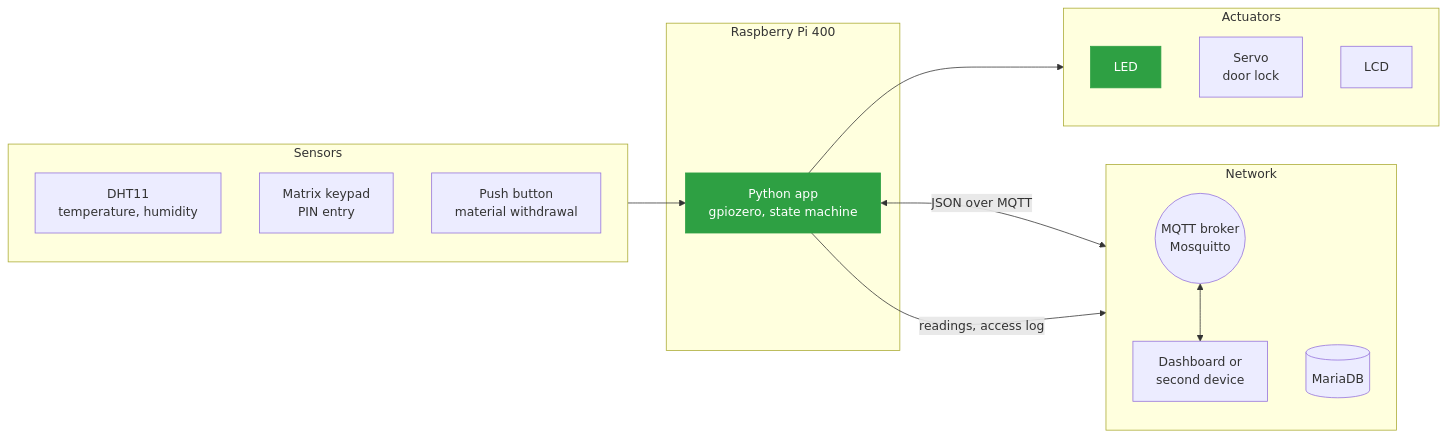
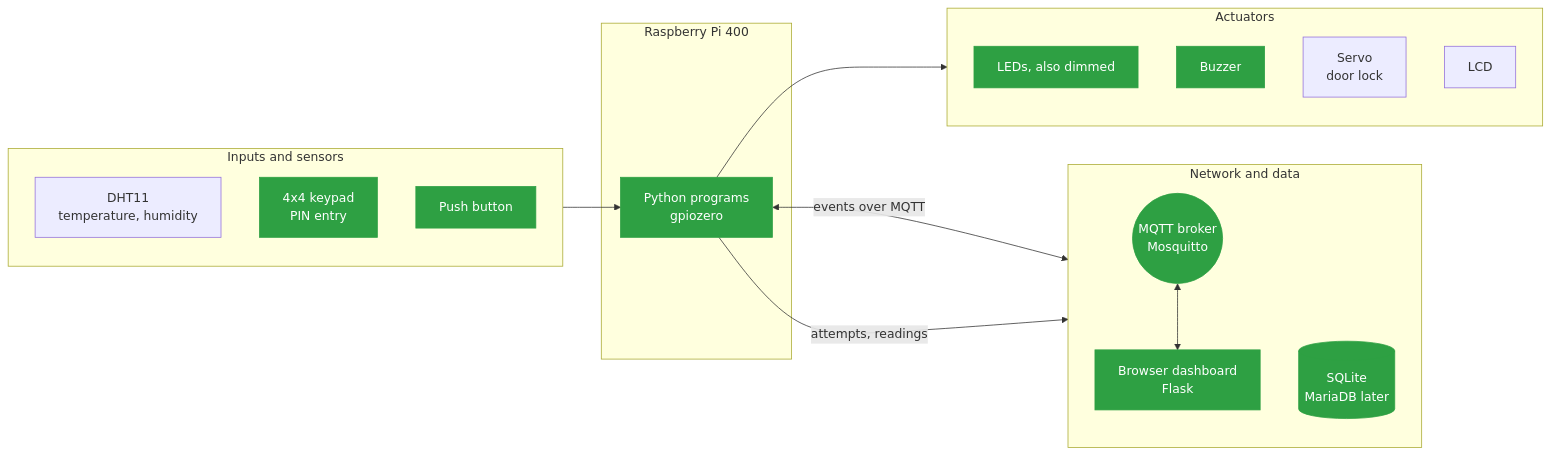
The first of 4 diagrams in README.md (philmay1/lf07-cyber-physische-systeme), drawn with Mermaid before and after one commit. The commit also changed other lines of this file and 9 other files, not shown here.

````diff
--- a/README.md
+++ b/README.md
@@ -97,36 +115,37 @@
 ```mermaid
 flowchart LR
-    subgraph sensors["Sensors"]
+    subgraph sensors["Inputs and sensors"]
         direction TB
         S1["DHT11<br>temperature, humidity"]
-        S2["Matrix keypad<br>PIN entry"]
-        S3["Push button<br>material withdrawal"]
+        S2["4x4 keypad<br>PIN entry"]
+        S3["Push button"]
     end
 
     subgraph pi["Raspberry Pi 400"]
-        P["Python app<br>gpiozero, state machine"]
+        P["Python programs<br>gpiozero"]
     end
 
     subgraph actuators["Actuators"]
         direction TB
-        A1["LED"]
+        A1["LEDs, also dimmed"]
+        A4["Buzzer"]
         A2["Servo<br>door lock"]
         A3["LCD"]
     end
 
-    subgraph net["Network"]
+    subgraph net["Network and data"]
         direction TB
         B(("MQTT broker<br>Mosquitto"))
-        C["Dashboard or<br>second device"]
-        D[("MariaDB")]
+        C["Browser dashboard<br>Flask"]
+        D[("SQLite<br>MariaDB later")]
     end
 
     sensors --> P
     P --> actuators
-    P <-->|"JSON over MQTT"| B
+    P <-->|"events over MQTT"| B
     B <--> C
-    P -->|"readings, access log"| D
+    P -->|"attempts, readings"| D
 
     classDef done fill:#2ea043,stroke:#2ea043,color:#fff
-    class A1,P done
+    class S2,S3,P,A1,A4,B,C,D done
 ```
````
